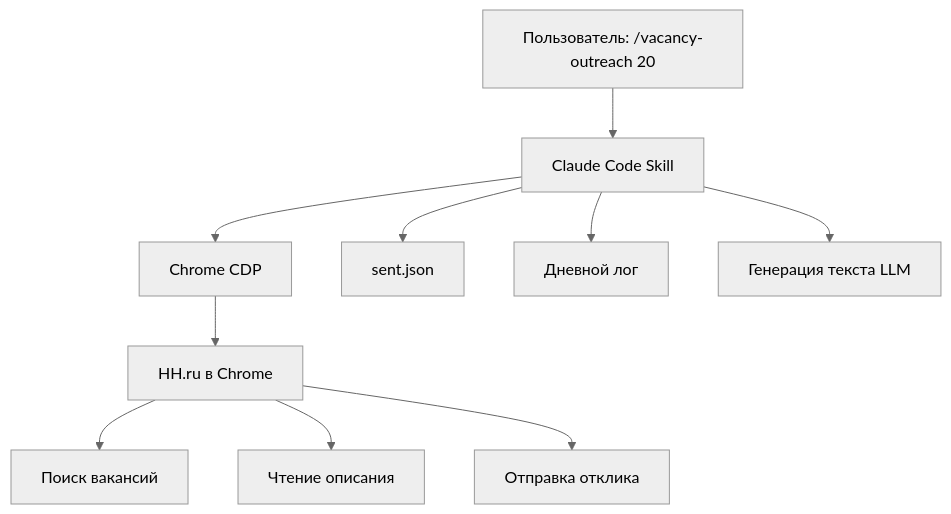
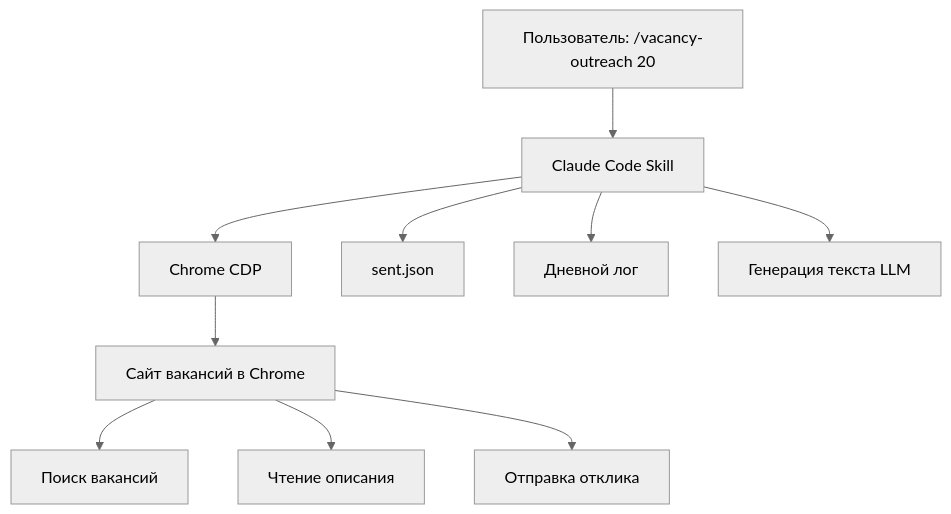
One commit to TimmyZinin/vacancy-outreach-skill changed the first of 3 diagrams in Architecture.md. Above: the diagram before and after it, drawn with Mermaid (neutral theme). The commit also changed other lines of this file and 5 other files, not shown here.

````diff
--- a/Architecture.md
+++ b/Architecture.md
@@ -5,12 +5,12 @@
 ```mermaid
 graph TD
     A[Пользователь: /vacancy-outreach 20] --> B[Claude Code Skill]
     B --> C[Chrome CDP]
-    C --> D[HH.ru в Chrome]
+    C --> D[Сайт вакансий в Chrome]
     B --> E[sent.json]
     B --> F[Дневной лог]
     D --> G[Поиск вакансий]
     D --> H[Чтение описания]
     D --> I[Отправка отклика]
     B --> J[Генерация текста LLM]
 ```
````
